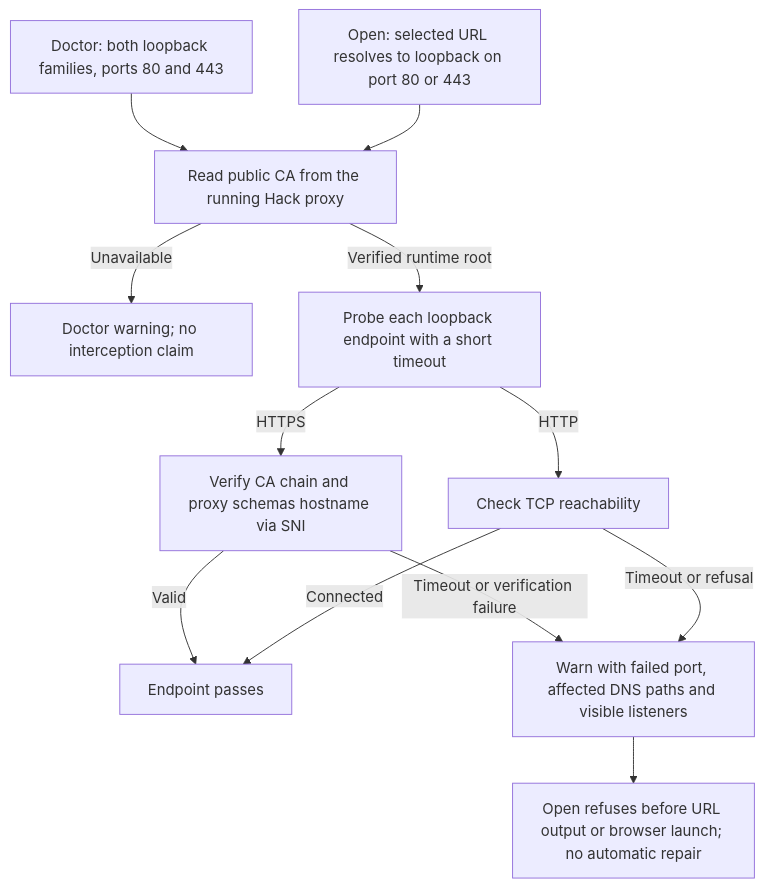
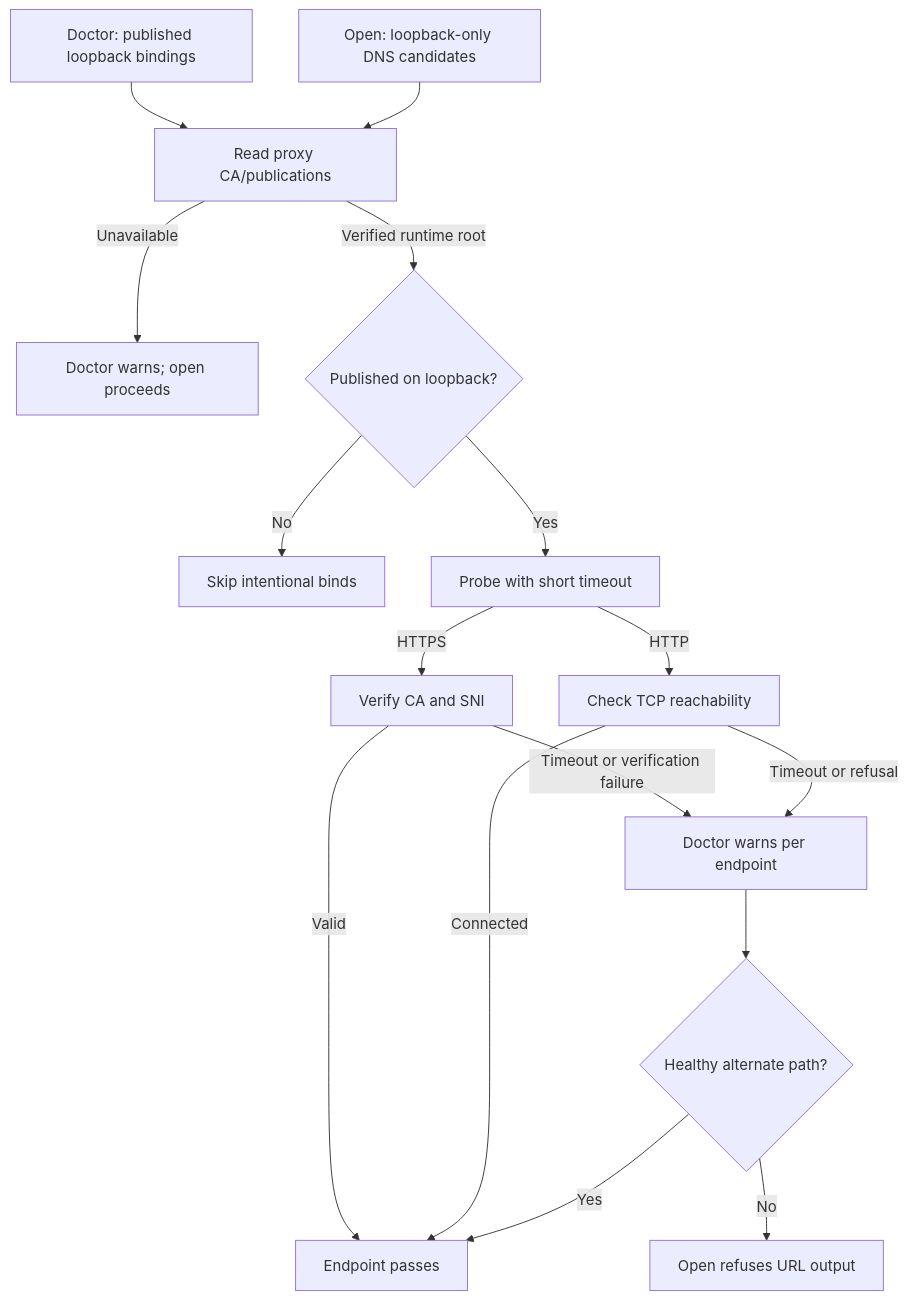
One commit to hack-dance/hack changed the diagram in docs/diagrams/proxy-loopback.mmd. Above: the diagram before and after it, drawn with Mermaid. The commit also changed 6 other files, not shown here.

Commit message:
fix(compose): respect proxy publications and browser fallback

```diff
--- a/docs/diagrams/proxy-loopback.mmd
+++ b/docs/diagrams/proxy-loopback.mmd
@@ -1,16 +1,20 @@
 flowchart TD
-  D[Doctor: both loopback families, ports 80 and 443] --> C[Read public CA from the running Hack proxy]
-  O[Open: selected URL resolves to loopback on port 80 or 443] --> C
-  C -->|Unavailable| U[Doctor warning; no interception claim]
-  C -->|Verified runtime root| P[Probe each loopback endpoint with a short timeout]
-  P -->|HTTPS| T[Verify CA chain and proxy schemas hostname via SNI]
+  D[Doctor: published loopback bindings] --> C[Read proxy CA/publications]
+  O[Open: loopback-only DNS candidates] --> C
+  C -->|Unavailable| U[Doctor warns; open proceeds]
+  C -->|Verified runtime root| B{Published on loopback?}
+  B -->|No| K[Skip intentional binds]
+  B -->|Yes| P[Probe with short timeout]
+  P -->|HTTPS| T[Verify CA and SNI]
   P -->|HTTP| H[Check TCP reachability]
   T -->|Valid| S[Endpoint passes]
   H -->|Connected| S
-  T -->|Timeout or verification failure| F[Warn with failed port, affected DNS paths and visible listeners]
+  T -->|Timeout or verification failure| F[Doctor warns per endpoint]
   H -->|Timeout or refusal| F
-  F --> R[Open refuses before URL output or browser launch; no automatic repair]
+  F --> Q{Healthy alternate path?}
+  Q -->|Yes| S
+  Q -->|No| R[Open refuses URL output]
   class S ok
   class P wait
   class F,R fail
-  class U idle
+  class U,K idle
```
